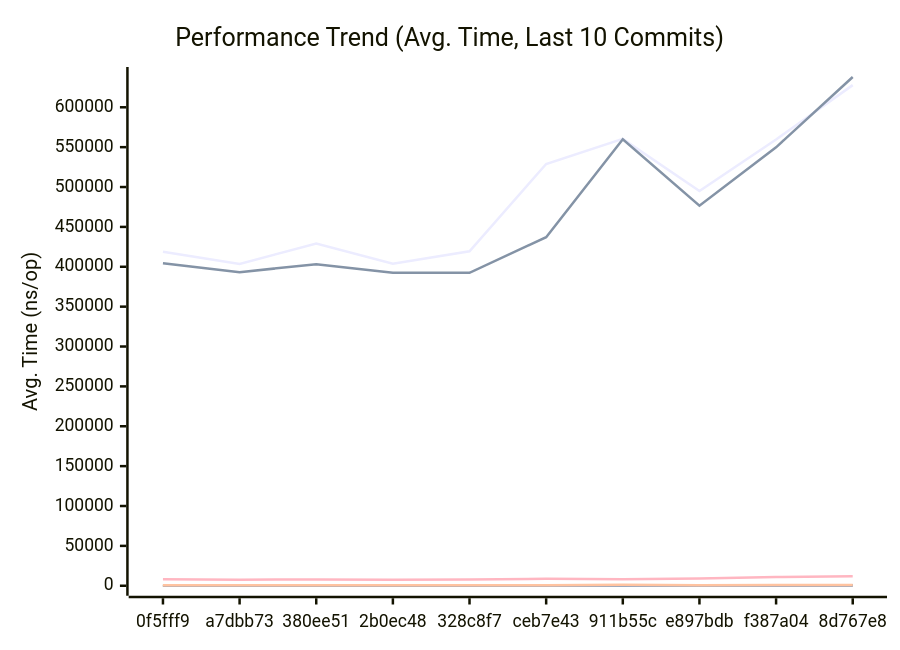
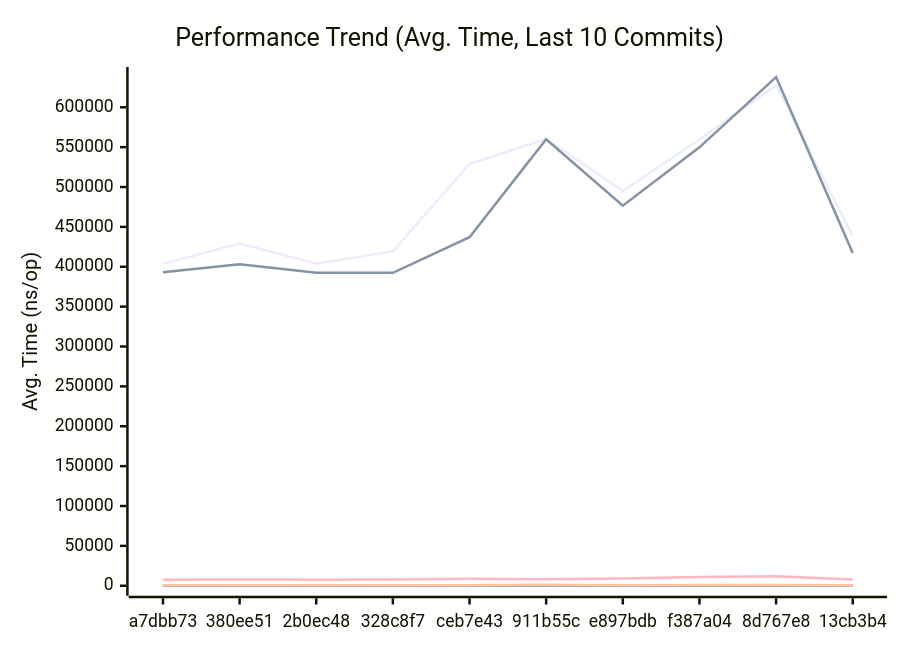
The first of 3 diagrams in docs/PERFORMANCE.md (alsotoes/momo), drawn with Mermaid before and after one commit. The commit also changed other lines of this file and 3 other files, not shown here.

````diff
--- a/docs/PERFORMANCE.md
+++ b/docs/PERFORMANCE.md
@@ -145,20 +145,20 @@
 ```mermaid
 xychart-beta
     title "Performance Trend (Avg. Time, Last 10 Commits)"
     x-axis "Commit"
     y-axis "Avg. Time (ns/op)"
-    x-axis [0f5fff9,a7dbb73,380ee51,2b0ec48,328c8f7,ceb7e43,911b55c,e897bdb,f387a04,8d767e8]
-    line "AWSChunkedReaderSigned" [418811,403588,429229,403967,419399,528932,560369,495010,559620,627798]
-    line "AWSChunkedReaderUnsigned" [404420,393243,403247,392414,392490,437150,559938,476646,549790,637979]
-    line "CheckMetricsAndSwap" [8,7,9,7,7,9,12,10,10,10]
-    line "CrushOptimized" [301,284,301,316,290,369,320,353,417,536]
-    line "CrushOriginal" [382,396,423,386,392,431,406,535,558,630]
+    x-axis [a7dbb73,380ee51,2b0ec48,328c8f7,ceb7e43,911b55c,e897bdb,f387a04,8d767e8,13cb3b4]
+    line "AWSChunkedReaderSigned" [403588,429229,403967,419399,528932,560369,495010,559620,627798,438813]
+    line "AWSChunkedReaderUnsigned" [393243,403247,392414,392490,437150,559938,476646,549790,637979,417363]
+    line "CheckMetricsAndSwap" [7,9,7,7,9,12,10,10,10,8]
+    line "CrushOptimized" [284,301,316,290,369,320,353,417,536,370]
+    line "CrushOriginal" [396,423,386,392,431,406,535,558,630,460]
     line "IndexDirectTracking" [0,0,0,0,0,0,0,0,0,0]
-    line "IndexSearch" [2,3,3,3,3,3,3,3,3,3]
-    line "LoadGlobalConfig" [8190,7563,7976,7514,7727,8630,8163,9243,10867,11980]
-    line "PadString" [53,37,39,38,39,42,39,46,56,63]
+    line "IndexSearch" [3,3,3,3,3,3,3,3,3,3]
+    line "LoadGlobalConfig" [7563,7976,7514,7727,8630,8163,9243,10867,11980,7965]
+    line "PadString" [37,39,38,39,42,39,46,56,63,39]
     line "ParseReplicationOrder_NoPrealloc" [350,349,357,354,345,225,229,165,232,234]
     line "ParseReplicationOrder_Prealloc" [229,231,237,234,229,108,107,80,110,109]
-    line "SanitizeLog/Safe" [418,222,229,221,212,221,218,262,255,336]
-    line "SanitizeLog/Unsafe" [532,643,668,634,643,707,1259,759,960,1005]
+    line "SanitizeLog/Safe" [222,229,221,212,221,218,262,255,336,234]
+    line "SanitizeLog/Unsafe" [643,668,634,643,707,1259,759,960,1005,654]
 ```
````
